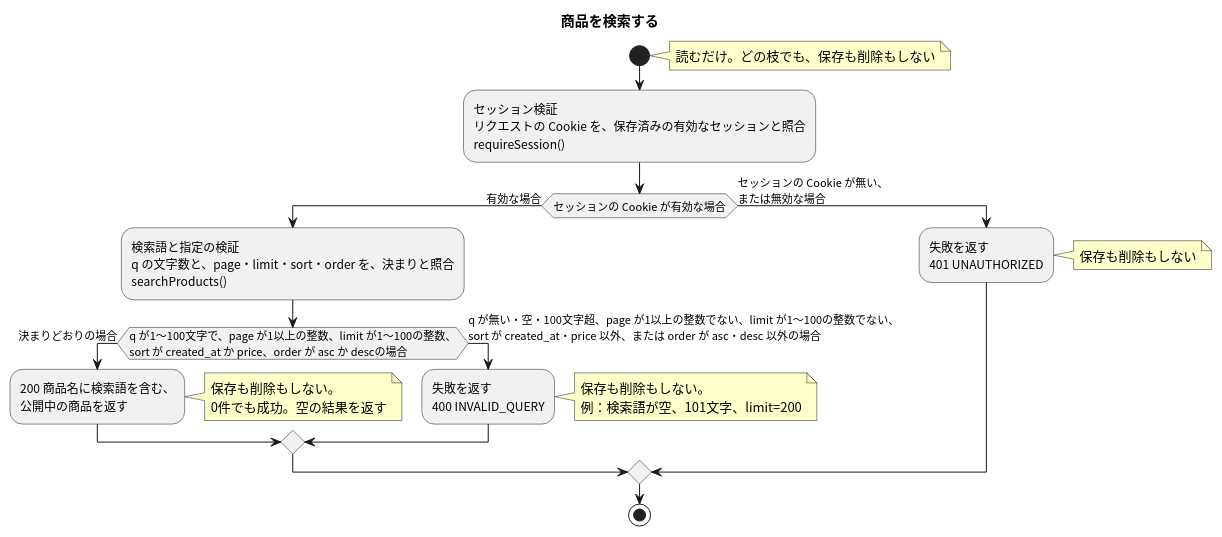
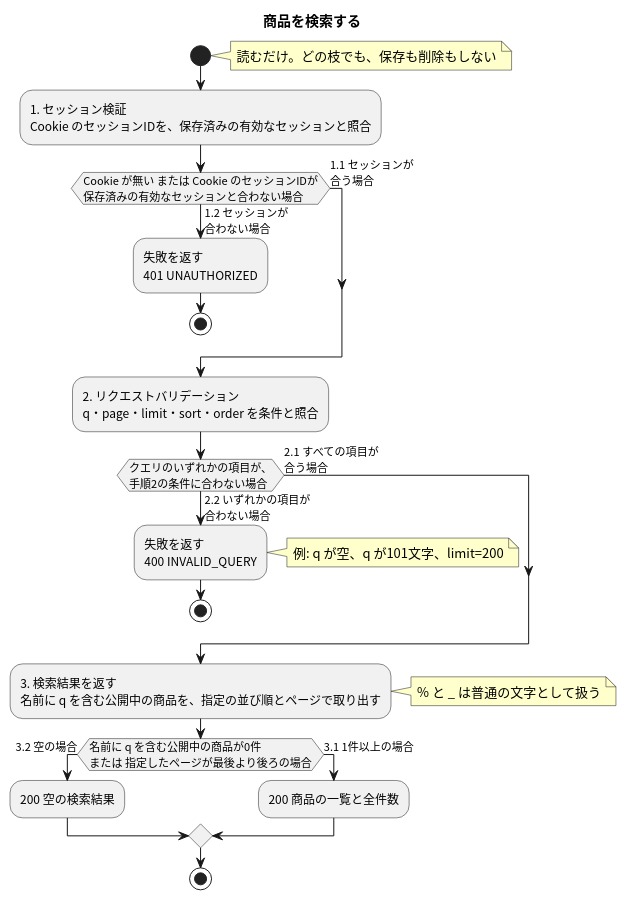
One commit to masamasamasato/design-doc-template changed the diagram in apis/search-products/flow.puml. Above: the diagram before and after it, drawn with PlantUML. The commit also changed other lines of this file and 28 other files, not shown here.

```diff
--- a/apis/search-products/flow.puml
+++ b/apis/search-products/flow.puml
@@ -3,26 +3,32 @@
 @startuml
 skinparam shadowing false
 skinparam defaultFontName "Noto Sans CJK JP"
 skinparam ActivityFontName "Noto Sans CJK JP"
 skinparam NoteBackgroundColor #FFFFCC
 
 title 商品を検索する
 
 start
 note right: 読むだけ。どの枝でも、保存も削除もしない
-:セッション検証\nリクエストの Cookie を、保存済みの有効なセッションと照合\nrequireSession();
-if (セッションの Cookie が有効な場合) then (有効な場合)
-  :検索語と指定の検証\nq の文字数と、page・limit・sort・order を、決まりと照合\nsearchProducts();
-  if (q が1〜100文字で、page が1以上の整数、limit が1〜100の整数、\nsort が created_at か price、order が asc か descの場合) then (決まりどおりの場合)
-    :200 商品名に検索語を含む、\n公開中の商品を返す;
-    note right: 保存も削除もしない。\n0件でも成功。空の結果を返す
-  else (q が無い・空・100文字超、page が1以上の整数でない、limit が1〜100の整数でない、\nsort が created_at・price 以外、または order が asc・desc 以外の場合)
-    :失敗を返す\n400 INVALID_QUERY;
-    note right: 保存も削除もしない。\n例：検索語が空、101文字、limit=200
-  endif
-else (セッションの Cookie が無い、\nまたは無効な場合)
+:1. セッション検証\nCookie のセッションIDを、保存済みの有効なセッションと照合;
+if (Cookie が無い または Cookie のセッションIDが\n保存済みの有効なセッションと合わない場合) then (1.2 セッションが\n合わない場合)
   :失敗を返す\n401 UNAUTHORIZED;
-  note right: 保存も削除もしない
+  stop
+else (1.1 セッションが\n合う場合)
+endif
+:2. リクエストバリデーション\nq・page・limit・sort・order を条件と照合;
+if (クエリのいずれかの項目が、\n手順2の条件に合わない場合) then (2.2 いずれかの項目が\n合わない場合)
+  :失敗を返す\n400 INVALID_QUERY;
+  note right: 例: q が空、q が101文字、limit=200
+  stop
+else (2.1 すべての項目が\n合う場合)
+endif
+:3. 検索結果を返す\n名前に q を含む公開中の商品を、指定の並び順とページで取り出す;
+note right: % と _ は普通の文字として扱う
+if (名前に q を含む公開中の商品が0件\nまたは 指定したページが最後より後ろの場合) then (3.2 空の場合)
+  :200 空の検索結果;
+else (3.1 1件以上の場合)
+  :200 商品の一覧と全件数;
 endif
 stop
 @enduml
```
